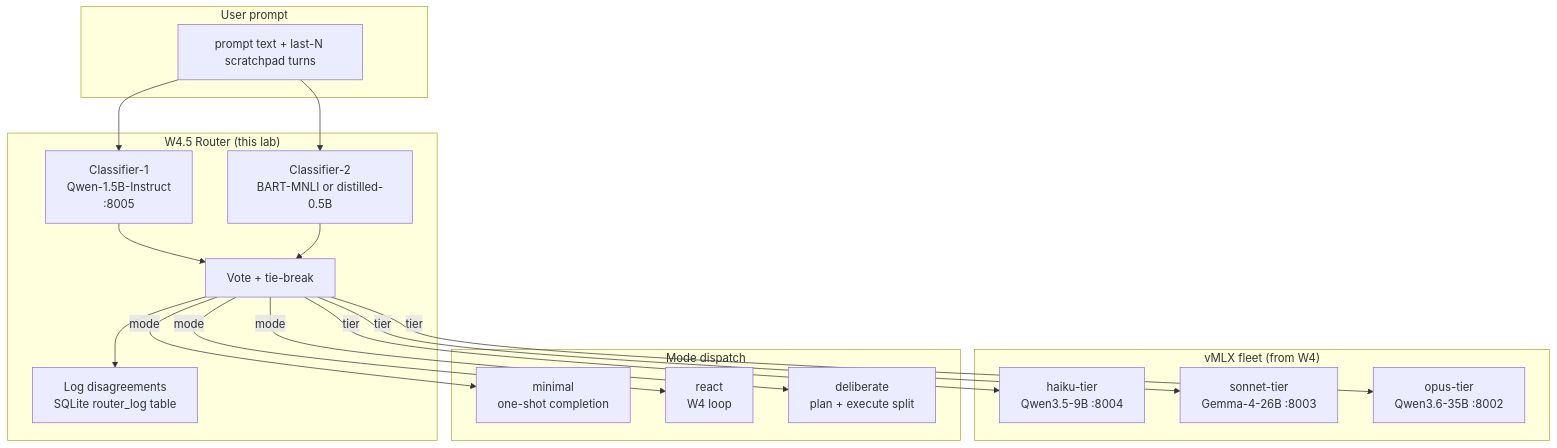
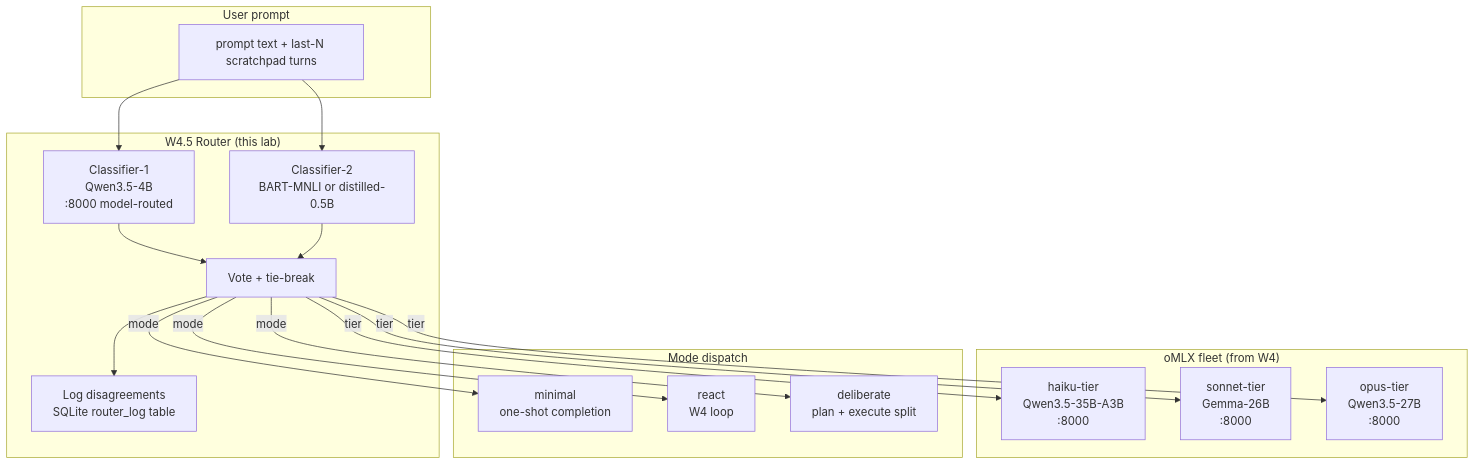
The first of 7 diagrams in Week 4.5 - Model Routing and Effort Tiering.md (shaneliuyx/agent-development-curriculum), drawn with Mermaid before and after one commit. The commit also changed other lines of this file, not shown here.

````diff
--- a/Week 4.5 - Model Routing and Effort Tiering.md
+++ b/Week 4.5 - Model Routing and Effort Tiering.md
@@ -81,37 +92,37 @@
 ```mermaid
 flowchart TB
   subgraph U["User prompt"]
     P["prompt text + last-N scratchpad turns"]
   end
 
   subgraph R["W4.5 Router (this lab)"]
-    C1["Classifier-1<br/>Qwen-1.5B-Instruct<br/>:8005"]
+    C1["Classifier-1<br/>Qwen3.5-4B<br/>:8000 model-routed"]
     C2["Classifier-2<br/>BART-MNLI or distilled-0.5B"]
     V["Vote + tie-break"]
     L["Log disagreements<br/>SQLite router_log table"]
   end
 
-  subgraph F["vMLX fleet (from W4)"]
-    H["haiku-tier<br/>Qwen3.5-9B :8004"]
-    S["sonnet-tier<br/>Gemma-4-26B :8003"]
-    O["opus-tier<br/>Qwen3.6-35B :8002"]
+  subgraph F["oMLX fleet (from W4)"]
+    H["haiku-tier<br/>Qwen3.5-35B-A3B<br/>:8000"]
+    S["sonnet-tier<br/>Gemma-26B<br/>:8000"]
+    O["opus-tier<br/>Qwen3.5-27B<br/>:8000"]
   end
 
   subgraph M["Mode dispatch"]
     Mi["minimal<br/>one-shot completion"]
     Re["react<br/>W4 loop"]
     De["deliberate<br/>plan + execute split"]
   end
 
   P --> C1
   P --> C2
   C1 --> V
   C2 --> V
   V --> L
   V -->|tier| H
   V -->|tier| S
   V -->|tier| O
   V -->|mode| Mi
   V -->|mode| Re
   V -->|mode| De
 ```
````
